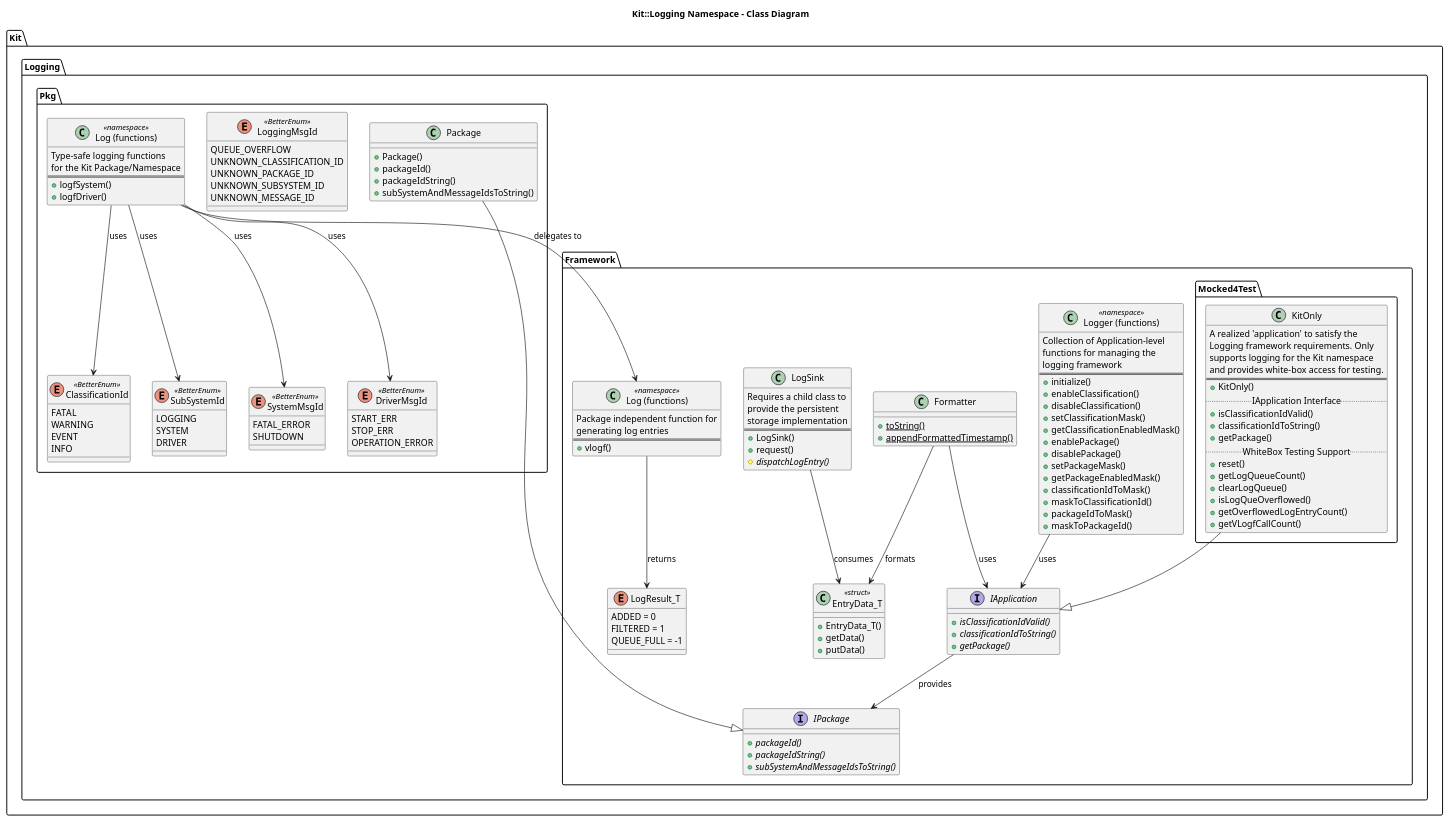
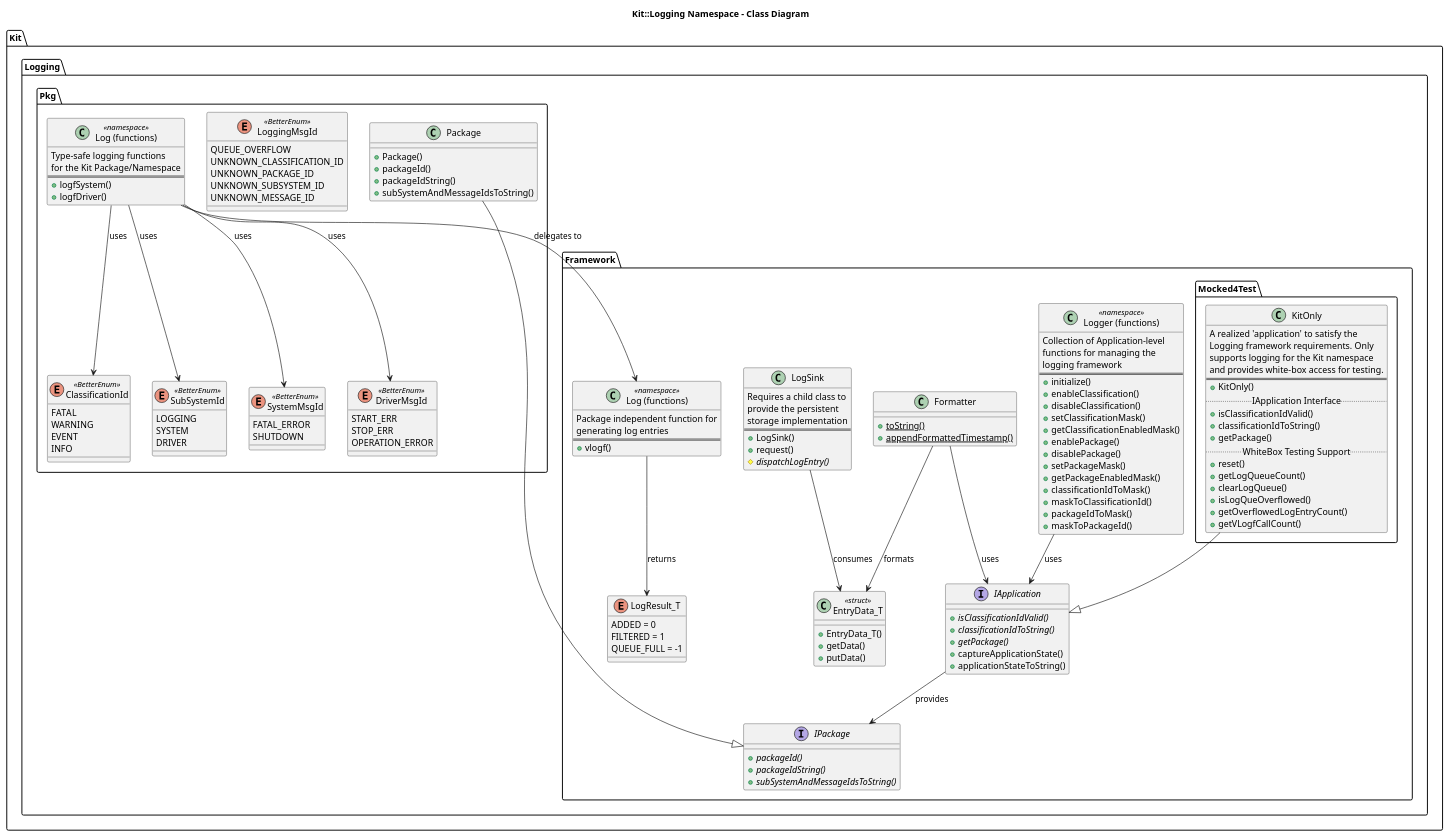
Before and after one commit to Integerfox/kit.core: the diagram in src/Kit/Logging/class-diagram.puml, drawn with PlantUML. The commit also changed 12 other files, not shown here.

```diff
--- a/src/Kit/Logging/class-diagram.puml
+++ b/src/Kit/Logging/class-diagram.puml
@@ -1,163 +1,165 @@
 @startuml class-diagram
 
 title Kit::Logging Namespace - Class Diagram
 
 namespace Kit.Logging.Framework {
     
     enum LogResult_T {
         ADDED = 0
         FILTERED = 1
         QUEUE_FULL = -1
     }
     
     class EntryData_T <<struct>> {
         +EntryData_T()
         +getData()
         +putData()
     }
     
     interface IApplication {
         +{abstract} isClassificationIdValid()
         +{abstract} classificationIdToString()
         +{abstract} getPackage()
+        +captureApplicationState()
+        +applicationStateToString()
     }
     
     interface IPackage {
         +{abstract} packageId()
         +{abstract} packageIdString()
         +{abstract} subSystemAndMessageIdsToString()
     }
     
     class Formatter {
         +{static} toString()
         +{static} appendFormattedTimestamp()
     }
     
     class LogSink {
         Requires a child class to 
         provide the persistent
         storage implementation
         ==
         +LogSink()
         +request()
         #{abstract} dispatchLogEntry()
     }
     
     class "Logger (functions)" as Logger <<namespace>> {
         Collection of Application-level
         functions for managing the
         logging framework
         ==
         +initialize()
         +enableClassification()
         +disableClassification()
         +setClassificationMask()
         +getClassificationEnabledMask()
         +enablePackage()
         +disablePackage()
         +setPackageMask()
         +getPackageEnabledMask()
         +classificationIdToMask()
         +maskToClassificationId()
         +packageIdToMask()
         +maskToPackageId()
     }
     
     class "Log (functions)" as Log <<namespace>> {
         Package independent function for
         generating log entries
         ==
         +vlogf()
     }
     
     IApplication --> IPackage : provides
     Formatter --> IApplication : uses
     Formatter --> EntryData_T : formats
     LogSink --> EntryData_T : consumes
     Log --> LogResult_T : returns
     Logger --> IApplication : uses
 }
 
 namespace Kit.Logging.Framework.Mocked4Test {
     
     class KitOnly {
         A realized 'application' to satisfy the
         Logging framework requirements. Only 
         supports logging for the Kit namespace
         and provides white-box access for testing.
         ==
         +KitOnly()
         .. IApplication Interface ..
         +isClassificationIdValid()
         +classificationIdToString()
         +getPackage()
         .. WhiteBox Testing Support ..
         +reset()
         +getLogQueueCount()
         +clearLogQueue()
         +isLogQueOverflowed()
         +getOverflowedLogEntryCount()
         +getVLogfCallCount()
     }
     
     KitOnly --|> Kit.Logging.Framework.IApplication
 }
 
 namespace Kit.Logging.Pkg {
     
     class Package {
         +Package()
         +packageId()
         +packageIdString()
         +subSystemAndMessageIdsToString()
     }
     
     enum ClassificationId <<BetterEnum>> {
         FATAL
         WARNING
         EVENT
         INFO
     }
     
     enum SubSystemId <<BetterEnum>> {
         LOGGING
         SYSTEM
         DRIVER
     }
     
     enum LoggingMsgId <<BetterEnum>> {
         QUEUE_OVERFLOW
         UNKNOWN_CLASSIFICATION_ID
         UNKNOWN_PACKAGE_ID
         UNKNOWN_SUBSYSTEM_ID
         UNKNOWN_MESSAGE_ID
     }
     
     enum SystemMsgId <<BetterEnum>> {
         FATAL_ERROR
         SHUTDOWN
     }
     
     enum DriverMsgId <<BetterEnum>> {
         START_ERR
         STOP_ERR
         OPERATION_ERROR
     }
     
     class "Log (functions)" as PkgLog <<namespace>> {
         Type-safe logging functions
         for the Kit Package/Namespace
         ==
         +logfSystem()
         +logfDriver()
     }
     
     Package --|> Kit.Logging.Framework.IPackage
     PkgLog --> ClassificationId : uses
     PkgLog --> SubSystemId : uses
     PkgLog --> SystemMsgId : uses
     PkgLog --> DriverMsgId : uses
     PkgLog --> Kit.Logging.Framework.Log : delegates to
 }
 
 @enduml
```
